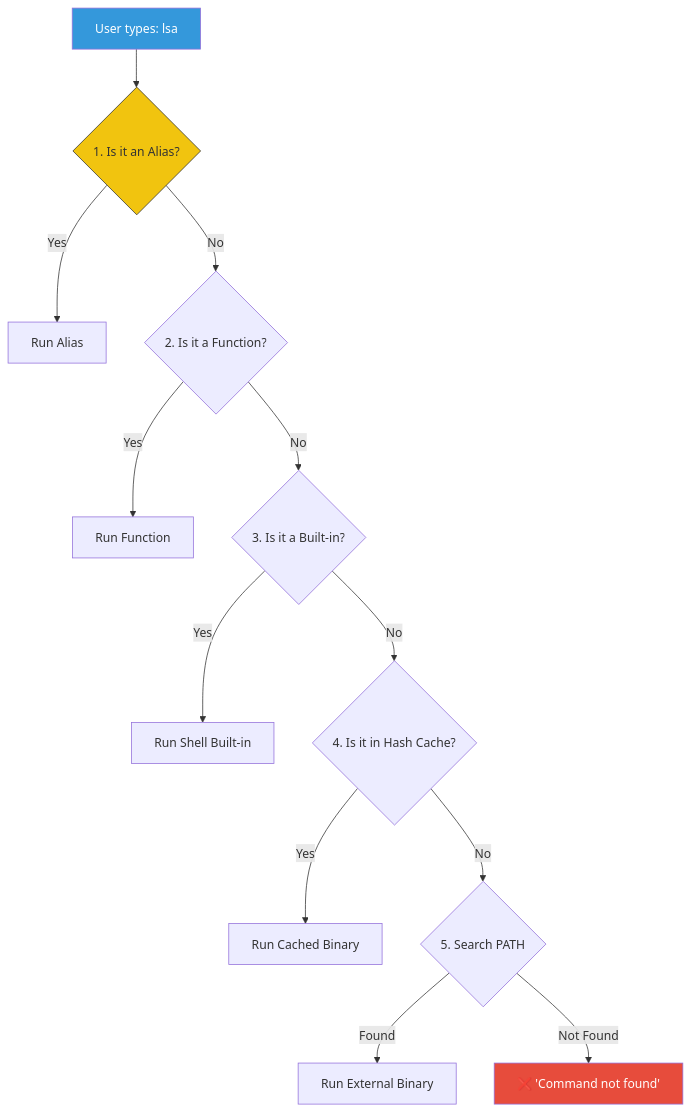
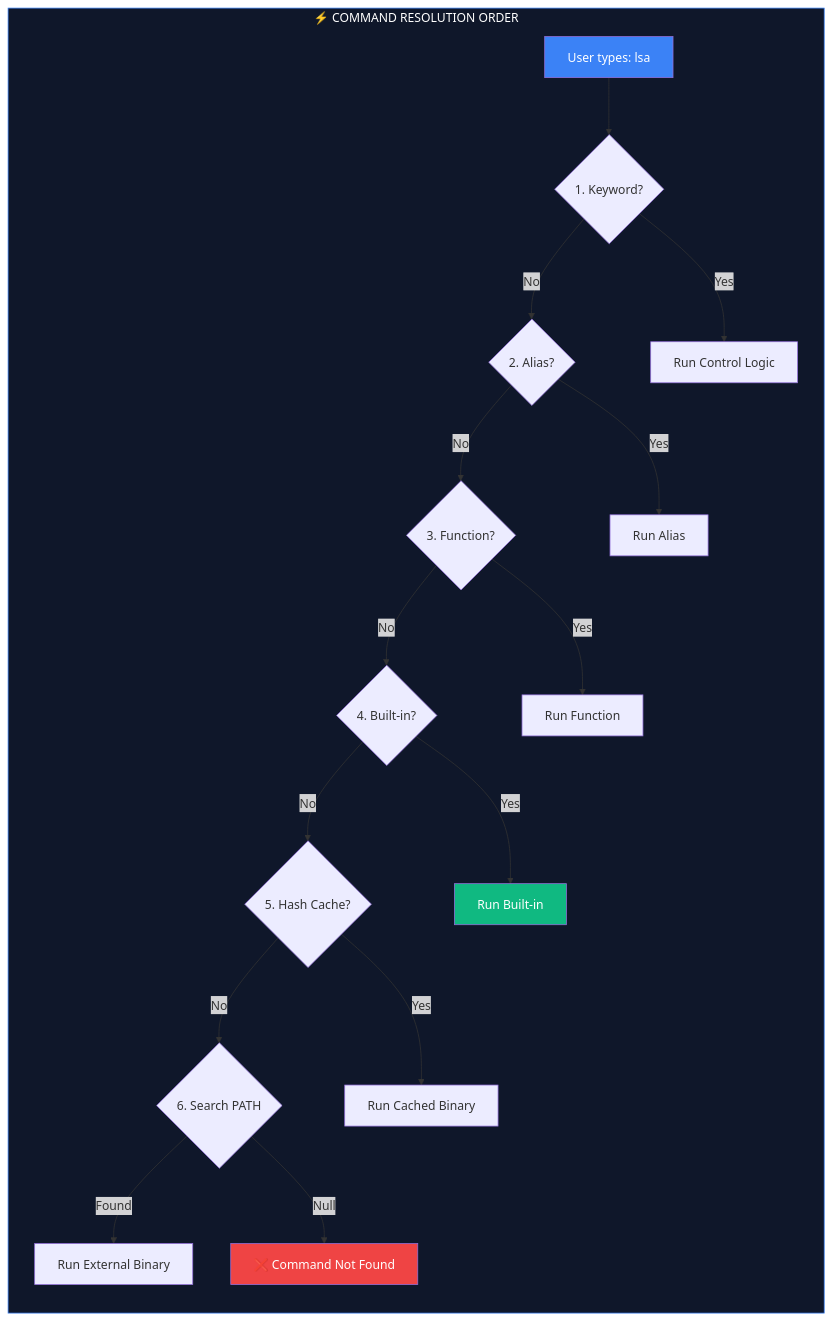
One commit to Ganil151/Devops changed the diagram in 1-Beginner/02-Phase-2/02-Automation/01-Shell-Scripting/08-Programs-and-Commands/README.md. Above: the diagram before and after it, drawn with Mermaid. The commit also changed other lines of this file and 17 other files, not shown here.

````diff
--- a/1-Beginner/02-Phase-2/02-Automation/01-Shell-Scripting/08-Programs-and-Commands/README.md
+++ b/1-Beginner/02-Phase-2/02-Automation/01-Shell-Scripting/08-Programs-and-Commands/README.md
@@ -24,22 +5,25 @@
 ```mermaid
 graph TD
-    Start[User types: lsa] --> Alias{1. Is it an Alias?}
-    Alias -- Yes --> RunAlias[Run Alias]
-    Alias -- No --> Func{2. Is it a Function?}
-    
-    Func -- Yes --> RunFunc[Run Function]
-    Func -- No --> Builtin{3. Is it a Built-in?}
-    
-    Builtin -- Yes --> RunBuiltin[Run Shell Built-in]
-    Builtin -- No --> Hash{4. Is it in Hash Cache?}
-    
-    Hash -- Yes --> RunHash[Run Cached Binary]
-    Hash -- No --> Path{5. Search PATH}
-    
-    Path -- Found --> RunBin[Run External Binary]
-    Path -- Not Found --> Error[❌ 'Command not found']
-    
-    style Alias fill:#f1c40f,stroke:#333
-    style Start fill:#3498db,color:#fff
-    style Error fill:#e74c3c,color:#fff
+    subgraph Execution_Hierarchy ["⚡ COMMAND RESOLUTION ORDER"]
+        direction TB
+        Start[User types: lsa] --> Keyword{1. Keyword?}
+        Keyword -->|No| Alias{2. Alias?}
+        Alias -->|No| Func{3. Function?}
+        Func -->|No| Builtin{4. Built-in?}
+        Builtin -->|No| Hash{5. Hash Cache?}
+        Hash -->|No| Path{6. Search PATH}
+        
+        Keyword -->|Yes| RunK[Run Control Logic]
+        Alias -->|Yes| RunA[Run Alias]
+        Func -->|Yes| RunF[Run Function]
+        Builtin -->|Yes| RunB[Run Built-in]
+        Hash -->|Yes| RunH[Run Cached Binary]
+        Path -->|Found| RunP[Run External Binary]
+        Path -->|Null| Error[❌ Command Not Found]
+        
+        style Start fill:#3b82f6,color:#fff
+        style Error fill:#ef4444,color:#fff
+        style RunB fill:#10b981,color:#fff
+        style Execution_Hierarchy fill:#0f172a,stroke:#3b82f6,color:#fff
+    end
 ```
````
